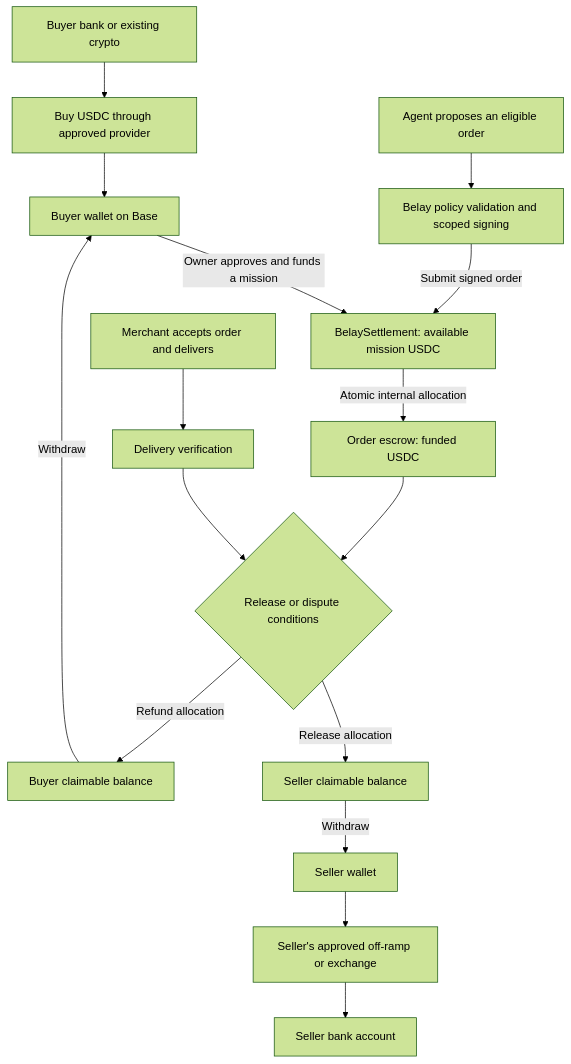
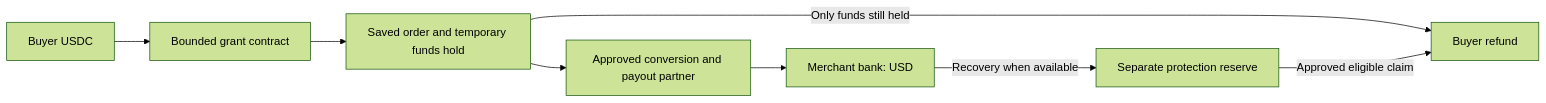
The diagram in docs/USDC_SETTLEMENT_ARCHITECTURE.md (Frank-7/Belay), drawn with Mermaid (forest theme) before and after one commit. The commit also changed other lines of this file and 12 other files, not shown here.

Commit message:
Define USD payout and protection MVP architecture

````diff
--- a/docs/USDC_SETTLEMENT_ARCHITECTURE.md
+++ b/docs/USDC_SETTLEMENT_ARCHITECTURE.md
@@ -41,18 +20,10 @@
 ```mermaid
-flowchart TD
-    BB[Buyer bank or existing crypto] --> ON[Buy USDC through approved provider]
-    ON --> BW[Buyer wallet on Base]
-    BW -->|Owner approves and funds a mission| G[BelaySettlement: available mission USDC]
-    A[Agent proposes an eligible order] --> V[Belay policy validation and scoped signing]
-    V -->|Submit signed order| G
-    G -->|Atomic internal allocation| E[Order escrow: funded USDC]
-    M[Merchant accepts order and delivers] --> EV[Delivery verification]
-    EV --> C{Release or dispute conditions}
-    E --> C
-    C -->|Release allocation| SC[Seller claimable balance]
-    C -->|Refund allocation| BC[Buyer claimable balance]
-    SC -->|Withdraw| SW[Seller wallet]
-    BC -->|Withdraw| BW
-    SW --> OFF[Seller's approved off-ramp or exchange]
-    OFF --> SB[Seller bank account]
+flowchart LR
+    W[Buyer USDC] --> G[Bounded grant contract]
+    G --> O[Saved order and temporary funds hold]
+    O --> P[Approved conversion and payout partner]
+    P --> M[Merchant bank: USD]
+    O -->|Only funds still held| B[Buyer refund]
+    R[Separate protection reserve] -->|Approved eligible claim| B
+    M -->|Recovery when available| R
 ```
````
